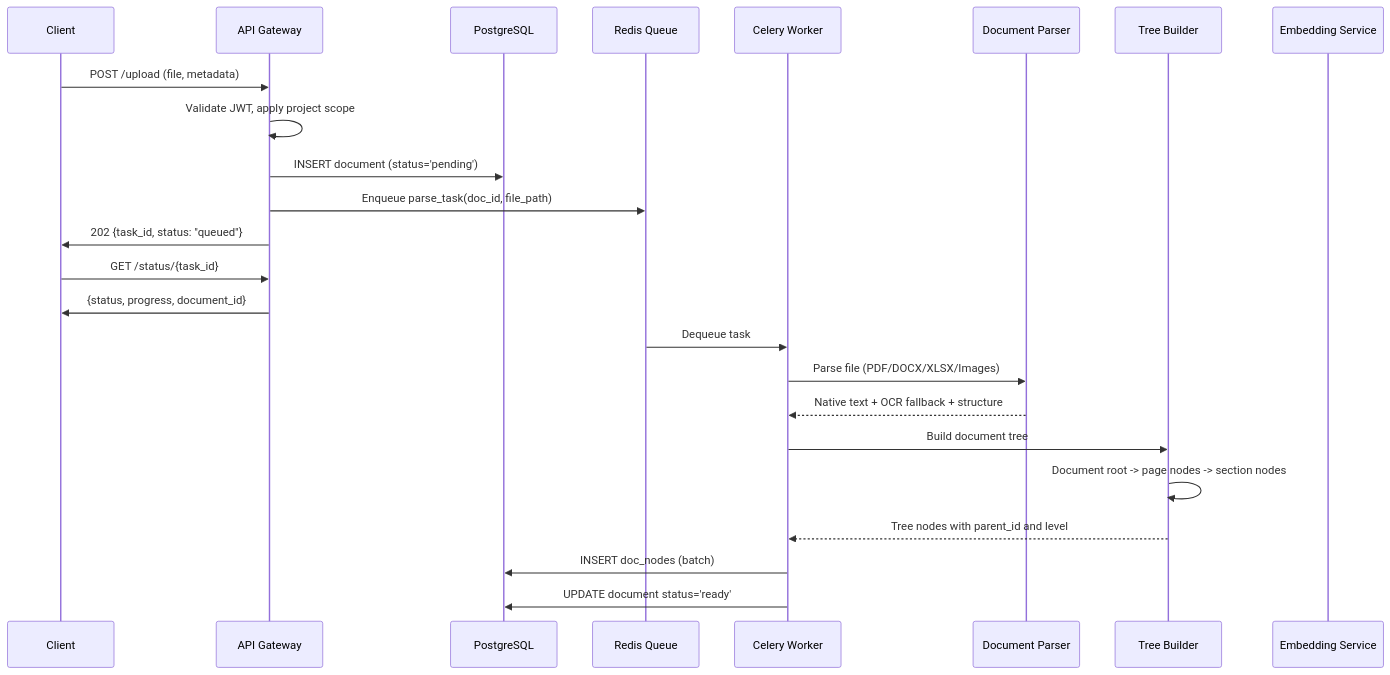
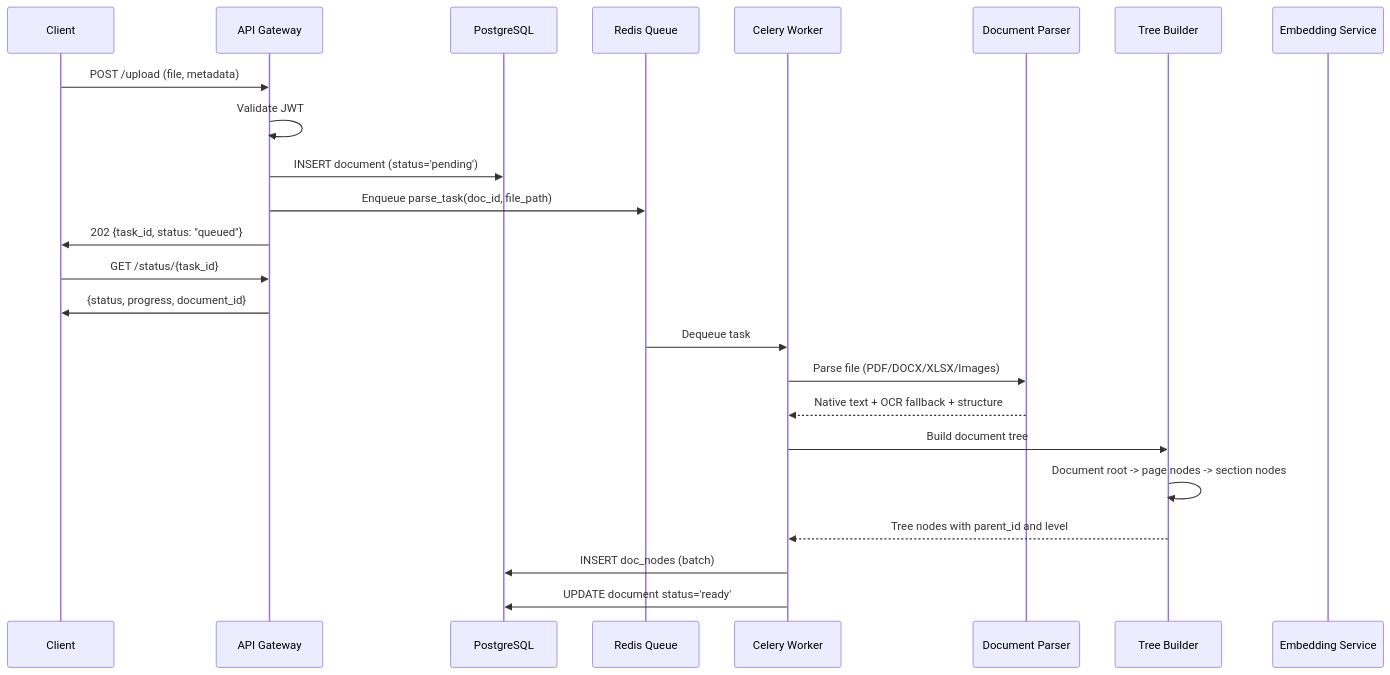
Before and after one commit to qtuanph/chatbot-rag: the first of 4 diagrams in docs/03_CORE_WORKFLOWS.md, drawn with Mermaid. The commit also changed other lines of this file and 18 other files, not shown here.

````diff
--- a/docs/03_CORE_WORKFLOWS.md
+++ b/docs/03_CORE_WORKFLOWS.md
@@ -7,30 +7,30 @@
 ```mermaid
 sequenceDiagram
     participant C as Client
     participant API as API Gateway
     participant DB as PostgreSQL
     participant Redis as Redis Queue
     participant Worker as Celery Worker
     participant Parser as Document Parser
     participant Tree as Tree Builder
     participant Embed as Embedding Service
 
     C->>API: POST /upload (file, metadata)
-    API->>API: Validate JWT, apply project scope
+    API->>API: Validate JWT
     API->>DB: INSERT document (status='pending')
     API->>Redis: Enqueue parse_task(doc_id, file_path)
     API->>C: 202 {task_id, status: "queued"}
     C->>API: GET /status/{task_id}
     API->>C: {status, progress, document_id}
 
     Redis->>Worker: Dequeue task
     Worker->>Parser: Parse file (PDF/DOCX/XLSX/Images)
     Parser-->>Worker: Native text + OCR fallback + structure
 
     Worker->>Tree: Build document tree
     Tree->>Tree: Document root -> page nodes -> section nodes
     Tree-->>Worker: Tree nodes with parent_id and level
 
     Worker->>DB: INSERT doc_nodes (batch)
     Worker->>DB: UPDATE document status='ready'
 ```
````
